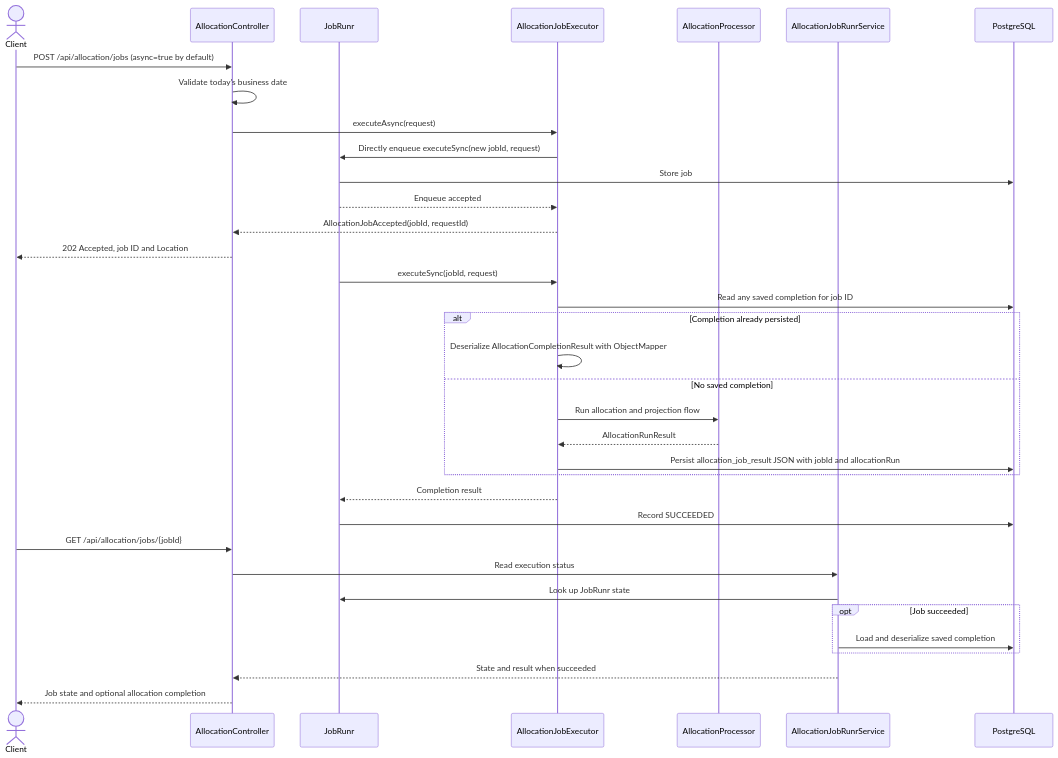
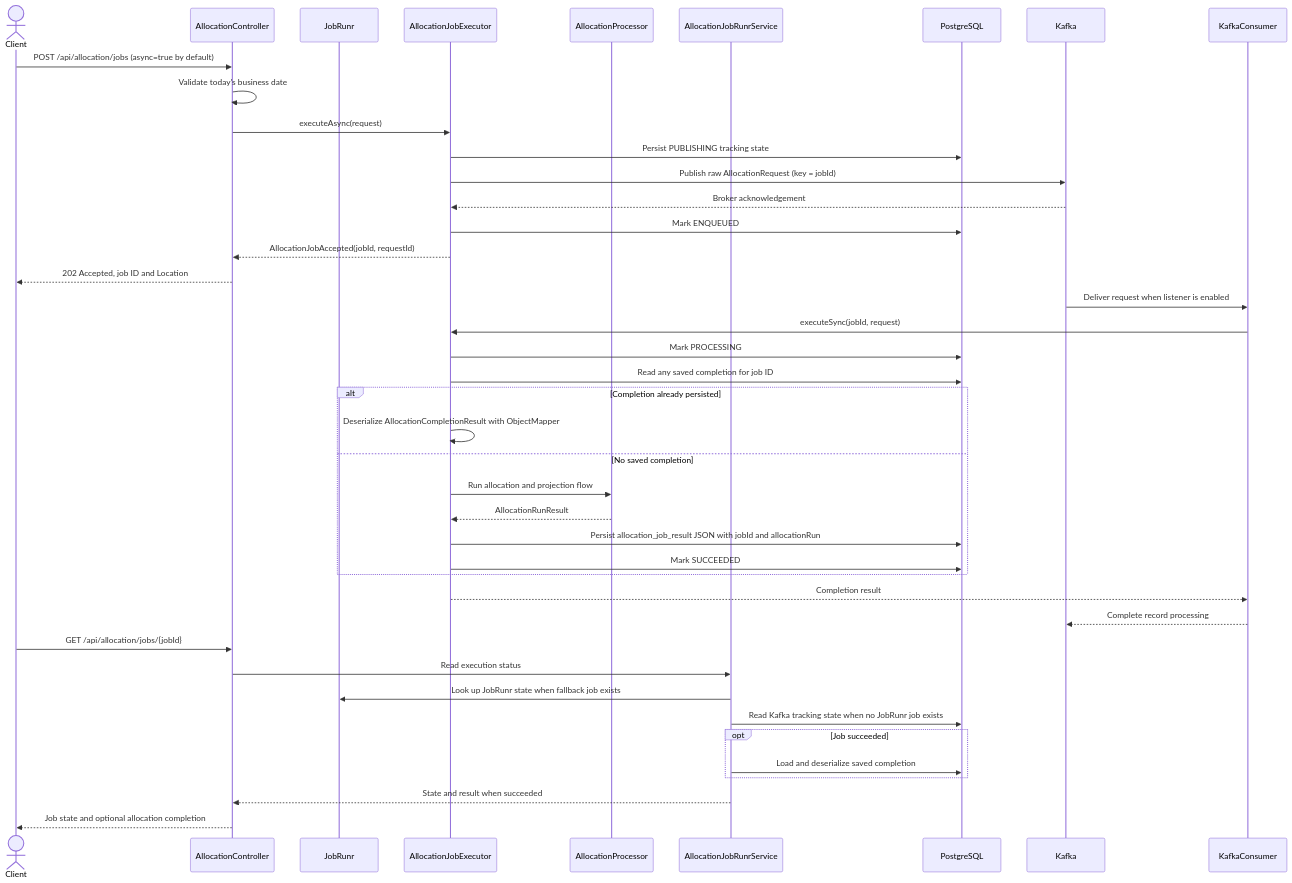
One commit to vriesjo/stockio changed the eighth of 16 diagrams in .github/memory/architecture.md. Above: the diagram before and after it, drawn with Mermaid. The commit also changed other lines of this file and 83 other files, not shown here.

````diff
--- a/.github/memory/architecture.md
+++ b/.github/memory/architecture.md
@@ -781,38 +789,43 @@
 ```mermaid
 sequenceDiagram
     actor Client
     participant REST as AllocationController
     participant Runtime as JobRunr
     participant Job as AllocationJobExecutor
     participant Processing as AllocationProcessor
     participant Status as AllocationJobRunrService
     participant DB as PostgreSQL
 
     Client->>REST: POST /api/allocation/jobs (async=true by default)
     REST->>REST: Validate today's business date
     REST->>Job: executeAsync(request)
-    Job->>Runtime: Directly enqueue executeSync(new jobId, request)
-    Runtime->>DB: Store job
-    Runtime-->>Job: Enqueue accepted
+    Job->>DB: Persist PUBLISHING tracking state
+    Job->>Kafka: Publish raw AllocationRequest (key = jobId)
+    Kafka-->>Job: Broker acknowledgement
+    Job->>DB: Mark ENQUEUED
     Job-->>REST: AllocationJobAccepted(jobId, requestId)
     REST-->>Client: 202 Accepted, job ID and Location
-    Runtime->>Job: executeSync(jobId, request)
+    Kafka->>KafkaConsumer: Deliver request when listener is enabled
+    KafkaConsumer->>Job: executeSync(jobId, request)
+    Job->>DB: Mark PROCESSING
     Job->>DB: Read any saved completion for job ID
     alt Completion already persisted
         Job->>Job: Deserialize AllocationCompletionResult with ObjectMapper
     else No saved completion
         Job->>Processing: Run allocation and projection flow
         Processing-->>Job: AllocationRunResult
         Job->>DB: Persist allocation_job_result JSON with jobId and allocationRun
+        Job->>DB: Mark SUCCEEDED
     end
-    Job-->>Runtime: Completion result
-    Runtime->>DB: Record SUCCEEDED
+    Job-->>KafkaConsumer: Completion result
+    KafkaConsumer-->>Kafka: Complete record processing
     Client->>REST: GET /api/allocation/jobs/{jobId}
     REST->>Status: Read execution status
-    Status->>Runtime: Look up JobRunr state
+    Status->>Runtime: Look up JobRunr state when fallback job exists
+    Status->>DB: Read Kafka tracking state when no JobRunr job exists
     opt Job succeeded
         Status->>DB: Load and deserialize saved completion
     end
     Status-->>REST: State and result when succeeded
     REST-->>Client: Job state and optional allocation completion
 ```
````
